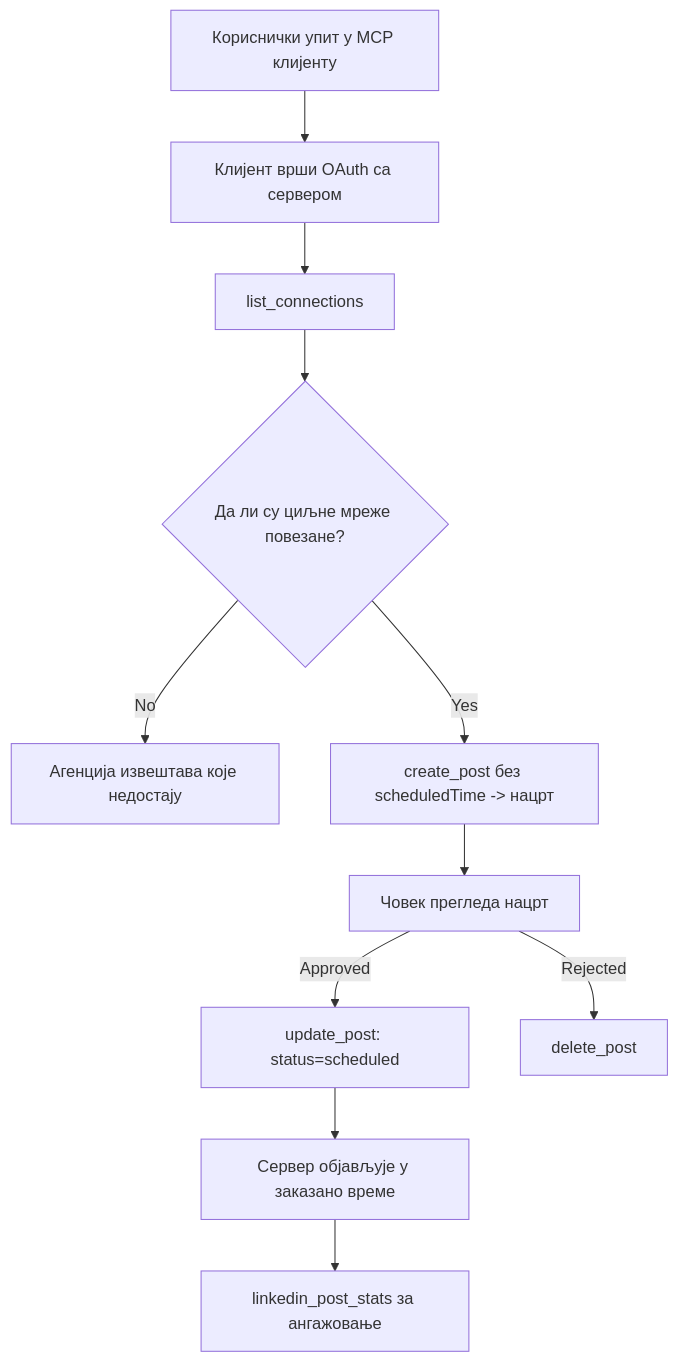
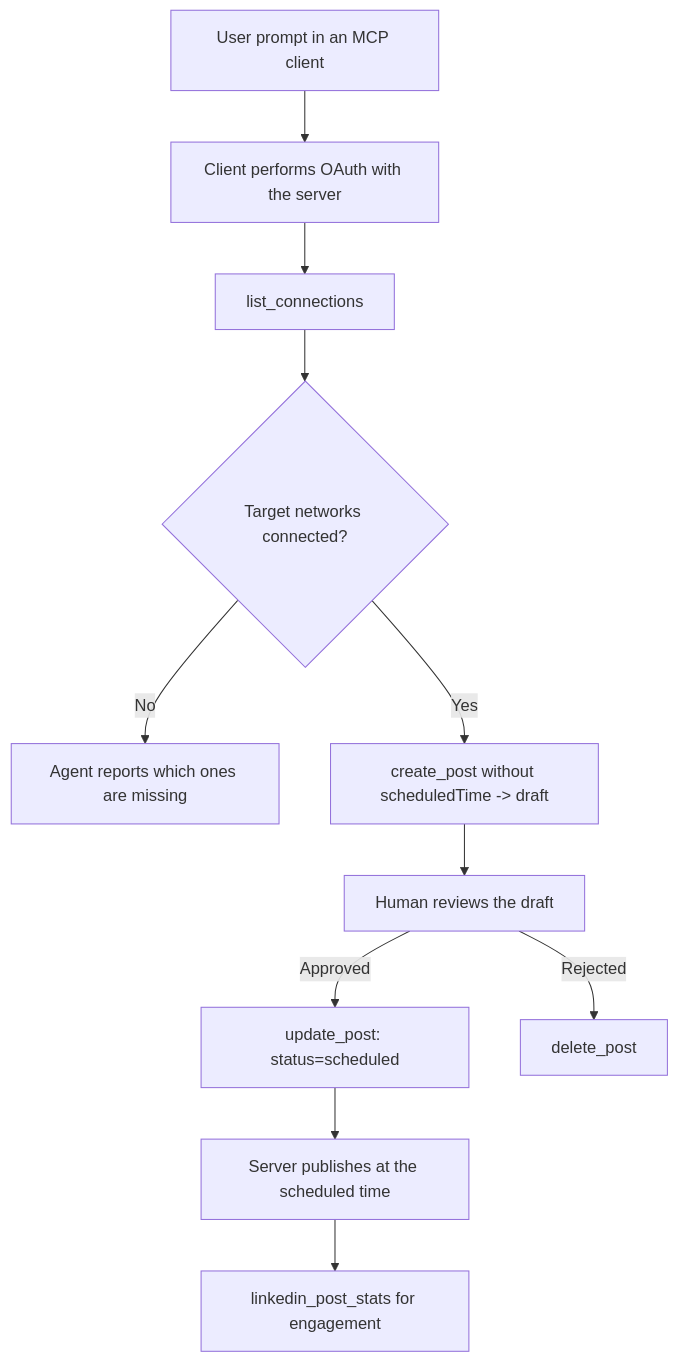
One commit to microsoft/mcp-for-beginners changed the diagram in translations/sr/09-CaseStudy/publora-social-publishing.md. Above: the diagram before and after it, drawn with Mermaid. The commit also changed other lines of this file and 91 other files, not shown here.

````diff
--- a/translations/sr/09-CaseStudy/publora-social-publishing.md
+++ b/translations/sr/09-CaseStudy/publora-social-publishing.md
@@ -47,13 +47,13 @@
 ```mermaid
 flowchart TD
-    A[Кориснички упит у MCP клијенту] --> B[Клијент врши OAuth са сервером]
+    A[User prompt in an MCP client] --> B[Client performs OAuth with the server]
     B --> C[list_connections]
-    C --> D{Да ли су циљне мреже повезане?}
-    D -- No --> E[Агенција извештава које недостају]
-    D -- Yes --> F[create_post без scheduledTime -> нацрт]
-    F --> G[Човек прегледа нацрт]
+    C --> D{Target networks connected?}
+    D -- No --> E[Agent reports which ones are missing]
+    D -- Yes --> F[create_post without scheduledTime -> draft]
+    F --> G[Human reviews the draft]
     G -- Approved --> H[update_post: status=scheduled]
     G -- Rejected --> I[delete_post]
-    H --> J[Сервер објављује у заказано време]
-    J --> K[linkedin_post_stats за ангажовање]
+    H --> J[Server publishes at the scheduled time]
+    J --> K[linkedin_post_stats for engagement]
 ```
````
